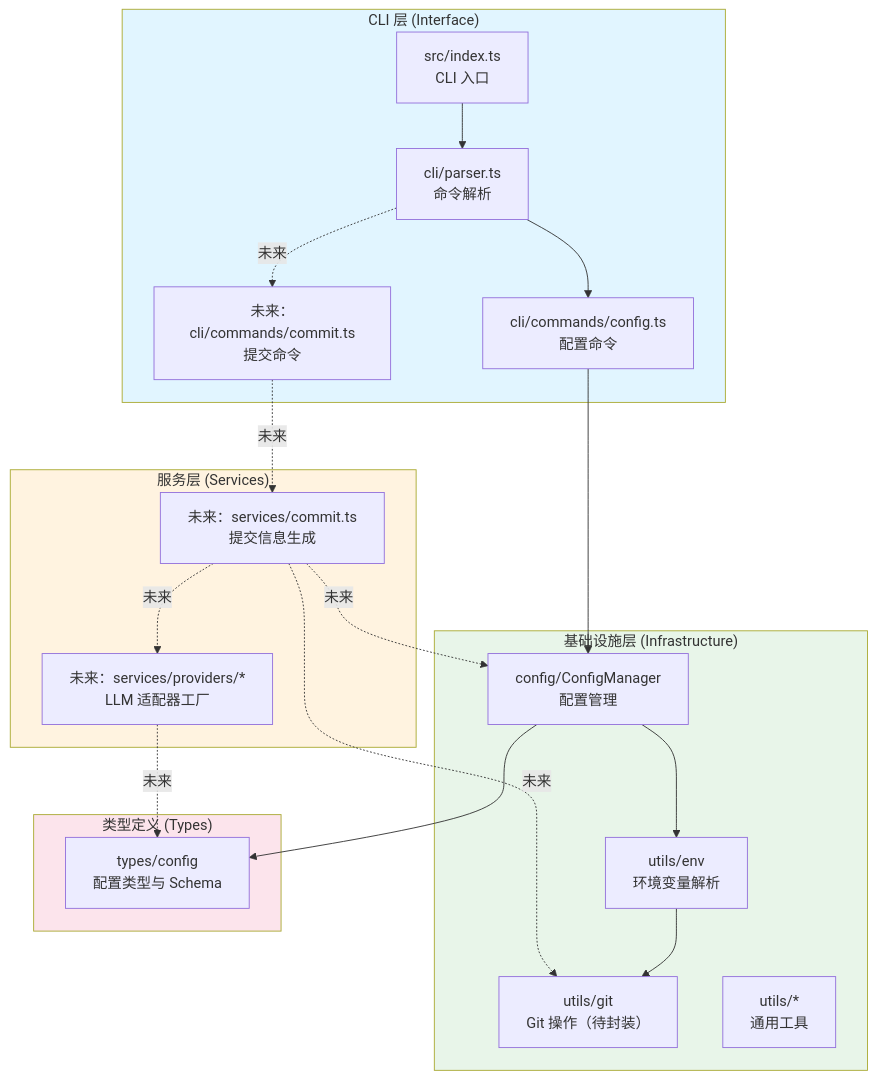
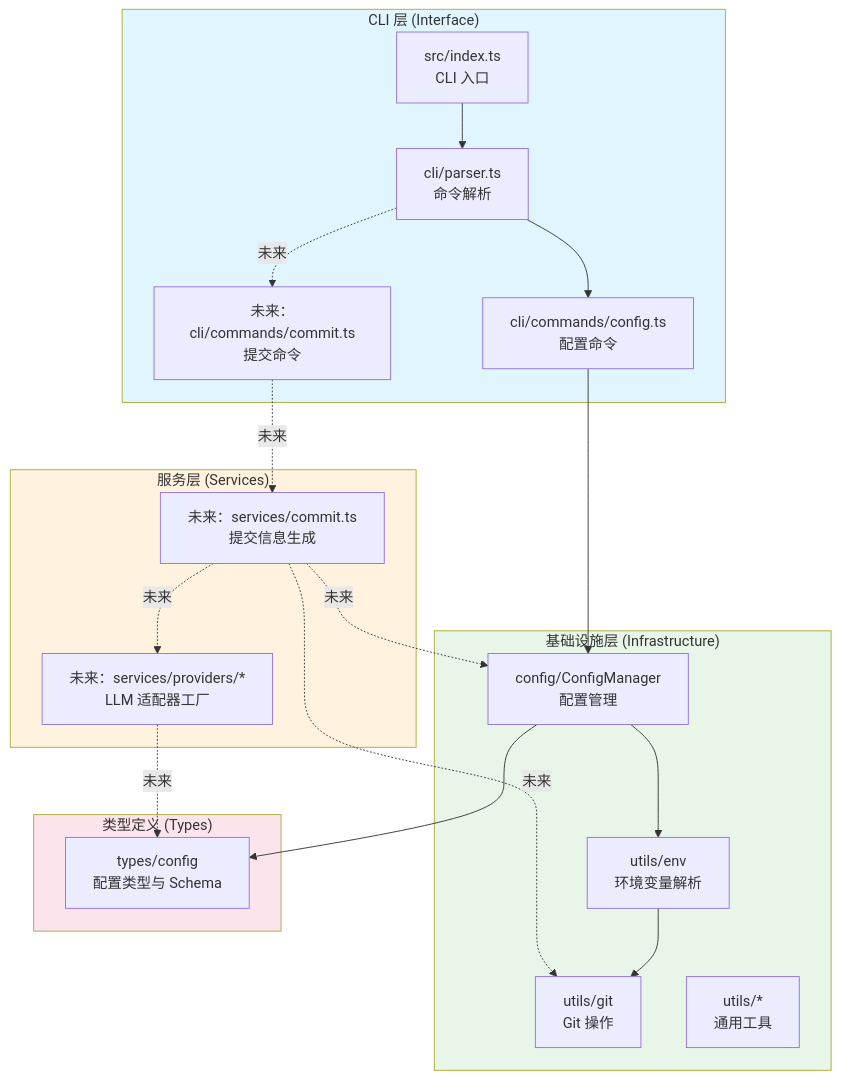
The diagram in docs/system-architecture.md (PerryFinn/ai-commit-cli), drawn with Mermaid before and after one commit. The commit also changed other lines of this file and 4 other files, not shown here.

````diff
--- a/docs/system-architecture.md
+++ b/docs/system-architecture.md
@@ -15,43 +15,43 @@
 ```mermaid
 graph TB
     subgraph CLI["CLI 层 (Interface)"]
         Index["src/index.ts<br/>CLI 入口"]
         Parser["cli/parser.ts<br/>命令解析"]
         ConfigCmd["cli/commands/config.ts<br/>配置命令"]
         CommitCmd["未来：cli/commands/commit.ts<br/>提交命令"]
     end
 
     subgraph Services["服务层 (Services)"]
         CommitGen["未来：services/commit.ts<br/>提交信息生成"]
         Providers["未来：services/providers/*<br/>LLM 适配器工厂"]
     end
 
     subgraph Infrastructure["基础设施层 (Infrastructure)"]
         Config["config/ConfigManager<br/>配置管理"]
         Env["utils/env<br/>环境变量解析"]
-        Git["utils/git<br/>Git 操作（待封装）"]
+        Git["utils/git<br/>Git 操作"]
         Utils["utils/*<br/>通用工具"]
     end
 
     subgraph Types["类型定义 (Types)"]
         ConfigTypes["types/config<br/>配置类型与 Schema"]
     end
 
     Index --> Parser
     Parser --> ConfigCmd
     Parser -.未来.-> CommitCmd
     ConfigCmd --> Config
     CommitCmd -.未来.-> CommitGen
     CommitGen -.未来.-> Providers
     CommitGen -.未来.-> Git
     CommitGen -.未来.-> Config
     Config --> Env
     Config --> ConfigTypes
     Env --> Git
     Providers -.未来.-> ConfigTypes
 
     style CLI fill:#e1f5ff
     style Services fill:#fff3e0
     style Infrastructure fill:#e8f5e9
     style Types fill:#fce4ec
 ```
````
